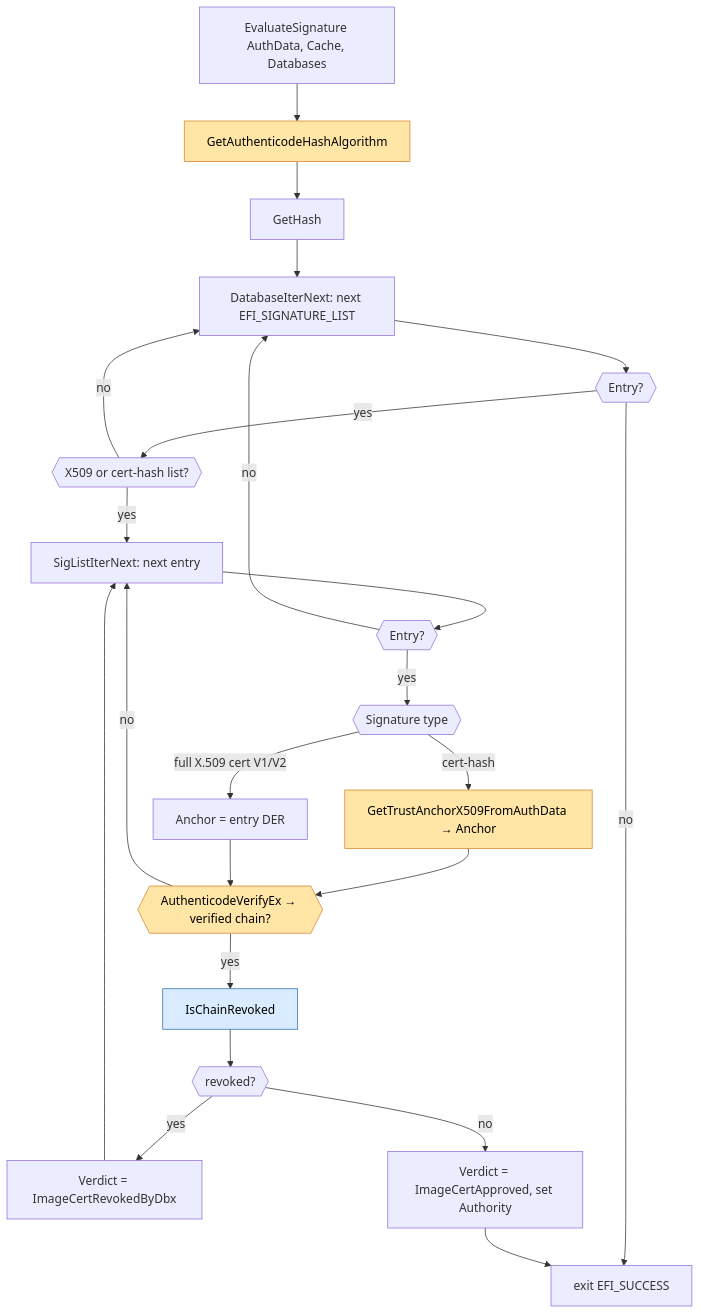
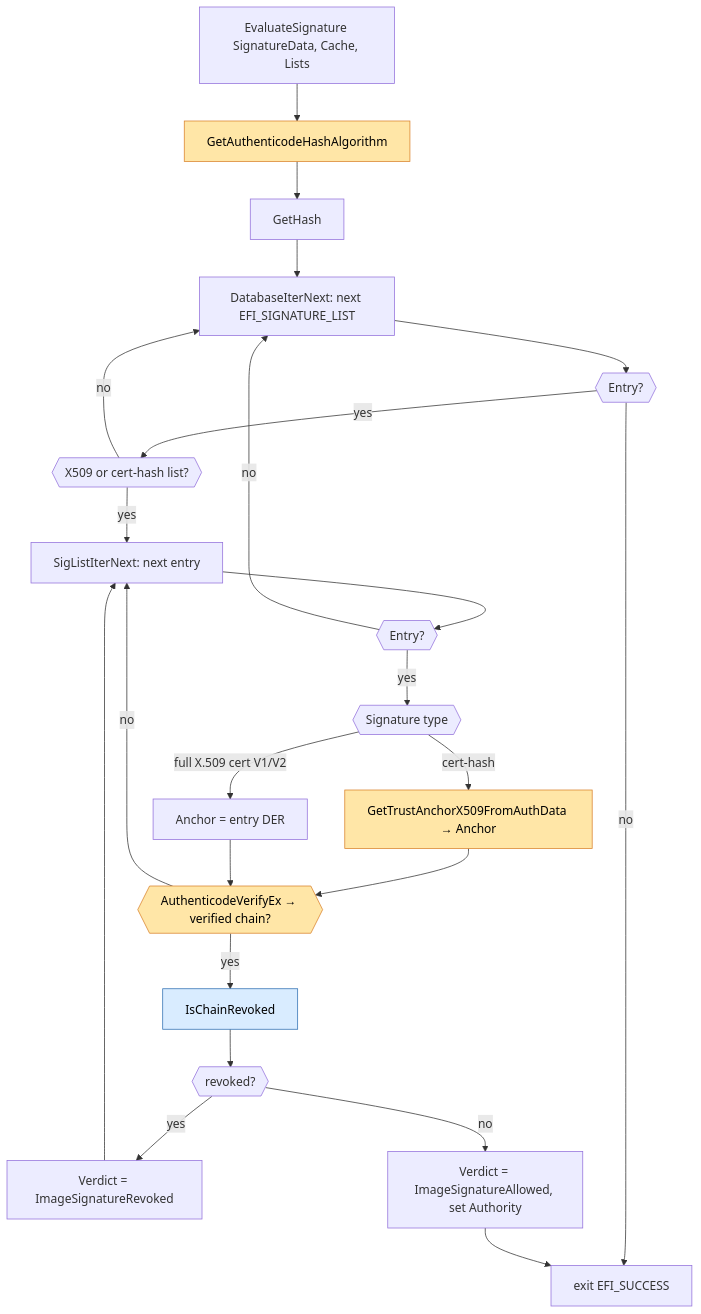
The fourth of 5 diagrams in SecurityPkg/Library/DxeImageVerificationLib2/README.md (microsoft/mu_basecore), drawn with Mermaid before and after one commit. The commit also changed other lines of this file and 14 other files, not shown here.

````diff
--- a/SecurityPkg/Library/DxeImageVerificationLib2/README.md
+++ b/SecurityPkg/Library/DxeImageVerificationLib2/README.md
@@ -234,30 +234,30 @@
 ```mermaid
 flowchart TD
-    A[EvaluateSignature AuthData, Cache, Databases] --> HA[GetAuthenticodeHashAlgorithm]
+    A[EvaluateSignature SignatureData, Cache, Lists] --> HA[GetAuthenticodeHashAlgorithm]
     HA --> GH[GetHash]
     GH --> DL[DatabaseIterNext: next EFI_SIGNATURE_LIST]
     DL --> DL1{{Entry?}}
     DL1 -- no --> EX[exit EFI_SUCCESS]
     DL1 -- yes --> TY{{X509 or cert-hash list?}}
     TY -- no --> DL
     TY -- yes --> EN[SigListIterNext: next entry]
     EN --> EN1{{Entry?}}
     EN1 -- no --> DL
     EN1 -- yes --> RT{{Signature type}}
     RT -- full X.509 cert V1/V2 --> AX[Anchor = entry DER]
     RT -- cert-hash --> GX[GetTrustAnchorX509FromAuthData → Anchor]
     GX --> AV
     AX --> AV{{AuthenticodeVerifyEx → verified chain?}}
     AV -- no --> EN
     AV -- yes --> CR[IsChainRevoked]
     CR --> CR1{{revoked?}}
-    CR1 -- yes --> REV[Verdict = ImageCertRevokedByDbx]
+    CR1 -- yes --> REV[Verdict = ImageSignatureRevoked]
     REV --> EN
-    CR1 -- no --> APP[Verdict = ImageCertApproved, set Authority]
+    CR1 -- no --> APP[Verdict = ImageSignatureAllowed, set Authority]
     APP --> EX
 
     classDef drill fill:#d9ecff,stroke:#2f6fb2,color:#000;
     class CR drill;
     classDef libclass fill:#ffe6a7,stroke:#d9822b,color:#000;
     class HA,GX,AV libclass;
 ```
````
